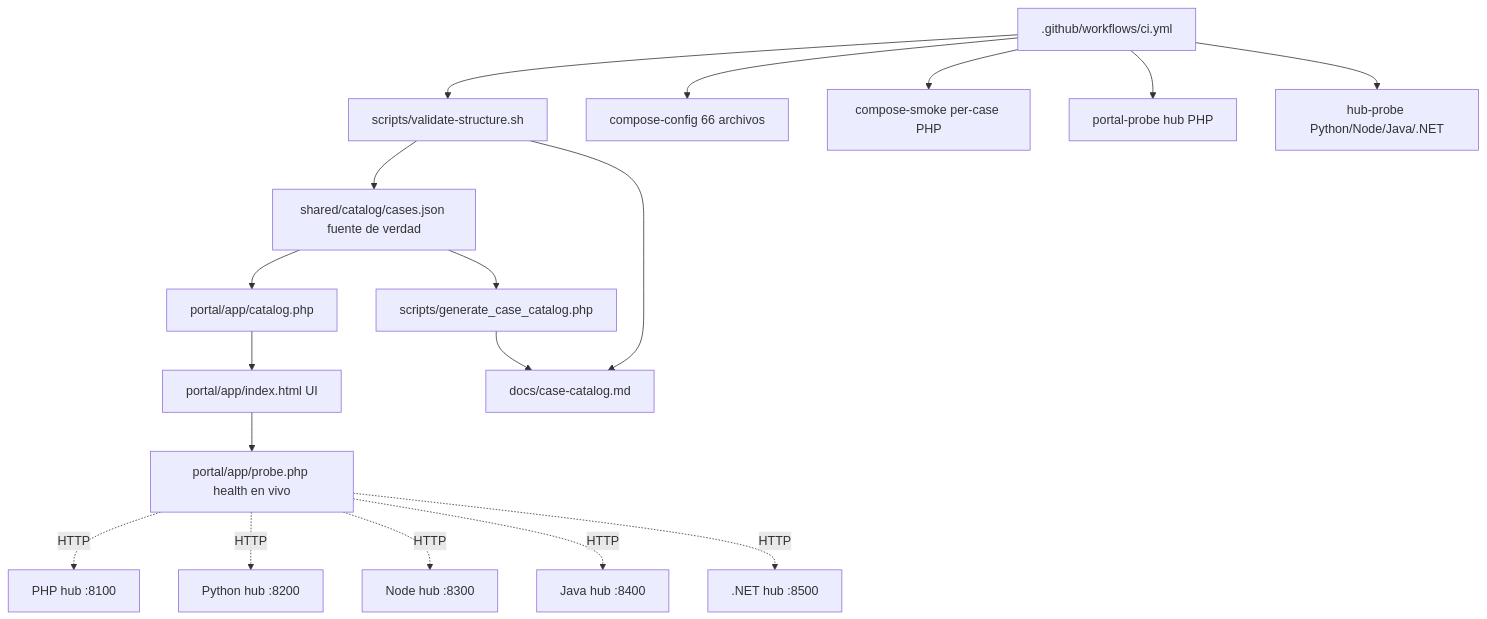
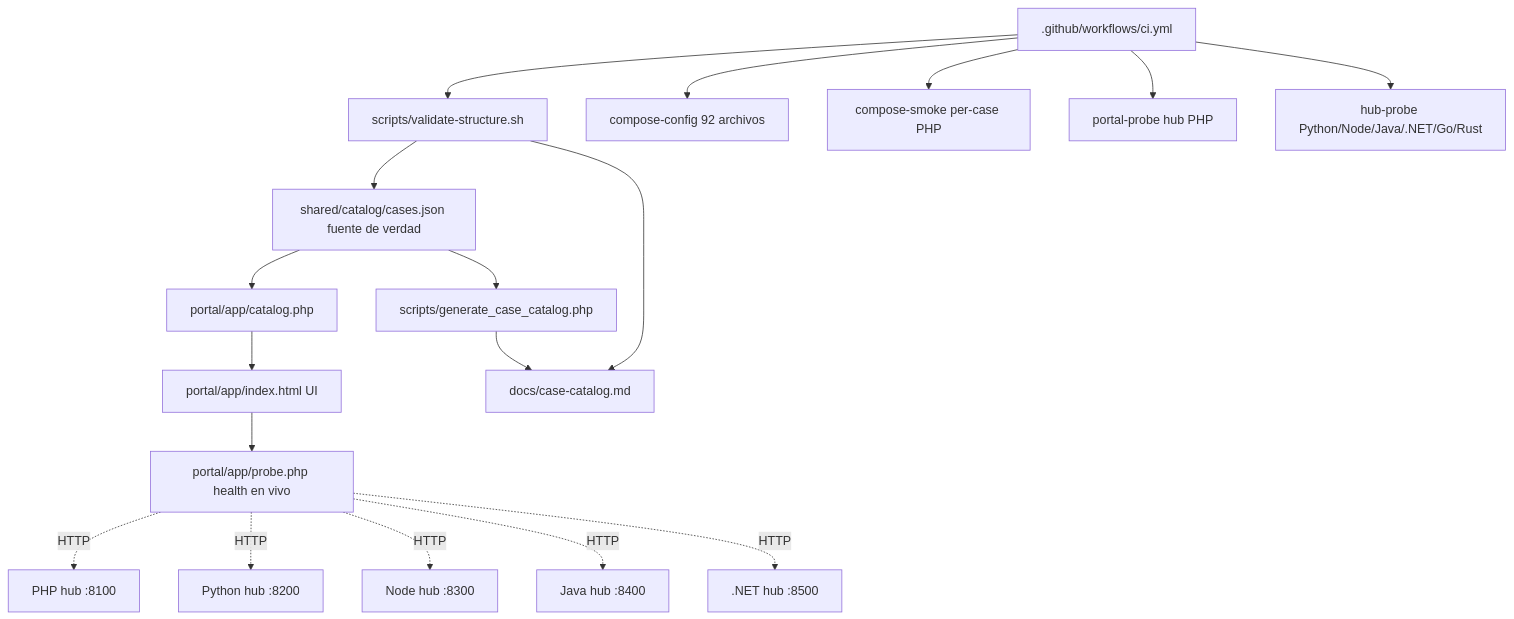
Before and after one commit to vladimiracunadev-create/problem-driven-systems-lab: the fifth of 5 diagrams in ARCHITECTURE.md, drawn with Mermaid. The commit also changed other lines of this file and 50 other files, not shown here.

````diff
--- a/ARCHITECTURE.md
+++ b/ARCHITECTURE.md
@@ -263,27 +265,27 @@
 ```mermaid
 graph TB
     JSON[shared/catalog/cases.json fuente de verdad]
     JSON --> CATALOG_PHP[portal/app/catalog.php]
     JSON --> GEN[scripts/generate_case_catalog.php]
 
     CATALOG_PHP --> INDEX[portal/app/index.html UI]
     INDEX --> PROBE[portal/app/probe.php health en vivo]
     PROBE -.HTTP.-> PHP_HUB[PHP hub :8100]
     PROBE -.HTTP.-> PY_HUB[Python hub :8200]
     PROBE -.HTTP.-> NODE_HUB[Node hub :8300]
     PROBE -.HTTP.-> JAVA_HUB[Java hub :8400]
     PROBE -.HTTP.-> NET_HUB[.NET hub :8500]
 
     GEN --> CATMD[docs/case-catalog.md]
 
     VAL[scripts/validate-structure.sh]
     VAL --> JSON
     VAL --> CATMD
 
     CI[.github/workflows/ci.yml]
     CI --> VAL
-    CI --> CONFIG[compose-config 66 archivos]
+    CI --> CONFIG[compose-config 92 archivos]
     CI --> SMOKE[compose-smoke per-case PHP]
     CI --> PPROBE[portal-probe hub PHP]
-    CI --> HPROBE[hub-probe Python/Node/Java/.NET]
+    CI --> HPROBE[hub-probe Python/Node/Java/.NET/Go/Rust]
 ```
````
